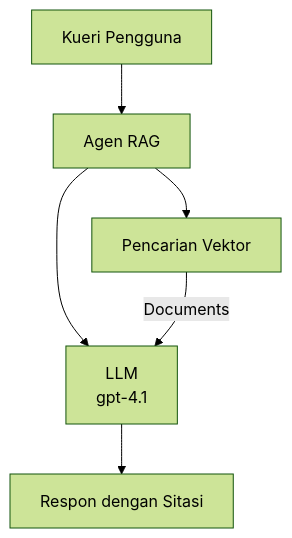
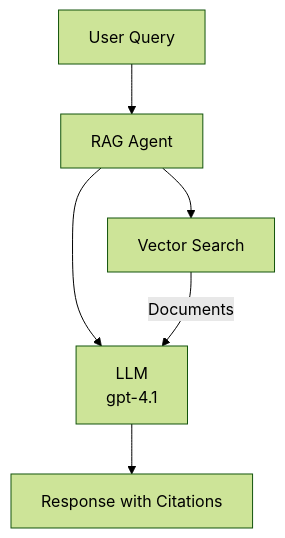
The second of 3 diagrams in translations/id/docs/chapter-02-ai-development/agents.md (microsoft/AZD-for-beginners), drawn with Mermaid (forest theme) before and after one commit. The commit also changed other lines of this file and 167 other files, not shown here.

````diff
--- a/translations/id/docs/chapter-02-ai-development/agents.md
+++ b/translations/id/docs/chapter-02-ai-development/agents.md
@@ -181,8 +178,8 @@
 ```mermaid
 graph TD
-    Query[Kueri Pengguna] --> RAG[Agen RAG]
-    RAG --> Vector[Pencarian Vektor]
+    Query[User Query] --> RAG[RAG Agent]
+    RAG --> Vector[Vector Search]
     RAG --> LLM[LLM<br/>gpt-4.1]
     Vector -- Documents --> LLM
-    LLM --> Response[Respon dengan Sitasi]
+    LLM --> Response[Response with Citations]
 ```
````
